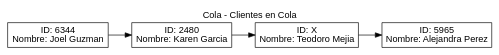
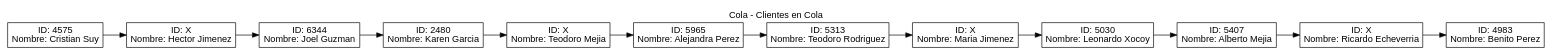
Before and after one commit to brandonT2002/EDD_VJ1S2023_PY_202112030: the diagram in Reportes/Cola.dot, drawn with Graphviz. The commit also changed 20 other files, not shown here.

```diff
--- a/Reportes/Cola.dot
+++ b/Reportes/Cola.dot
@@ -1,12 +1,20 @@
 digraph G {
 fontname="Arial"
 label="Cola - Clientes en Cola"
 labelloc = t
 rankdir=LR;
 node[shape="box" fontname="Arial"];
-nodo_0 [label="ID: 6344\nNombre: Joel Guzman"];
-nodo_1 [label="ID: 2480\nNombre: Karen Garcia"];
-nodo_2 [label="ID: X\nNombre: Teodoro Mejia"];
-nodo_3 [label="ID: 5965\nNombre: Alejandra Perez"];
-nodo_0 -> nodo_1 -> nodo_2 -> nodo_3;
+nodo_0 [label="ID: 4575\nNombre: Cristian Suy"];
+nodo_1 [label="ID: X\nNombre: Hector Jimenez"];
+nodo_2 [label="ID: 6344\nNombre: Joel Guzman"];
+nodo_3 [label="ID: 2480\nNombre: Karen Garcia"];
+nodo_4 [label="ID: X\nNombre: Teodoro Mejia"];
+nodo_5 [label="ID: 5965\nNombre: Alejandra Perez"];
+nodo_6 [label="ID: 5313\nNombre: Teodoro Rodriguez"];
+nodo_7 [label="ID: X\nNombre: Maria Jimenez"];
+nodo_8 [label="ID: 5030\nNombre: Leonardo Xocoy"];
+nodo_9 [label="ID: 5407\nNombre: Alberto Mejia"];
+nodo_10 [label="ID: X\nNombre: Ricardo Echeverria"];
+nodo_11 [label="ID: 4983\nNombre: Benito Perez"];
+nodo_0 -> nodo_1 -> nodo_2 -> nodo_3 -> nodo_4 -> nodo_5 -> nodo_6 -> nodo_7 -> nodo_8 -> nodo_9 -> nodo_10 -> nodo_11;
 }
```
